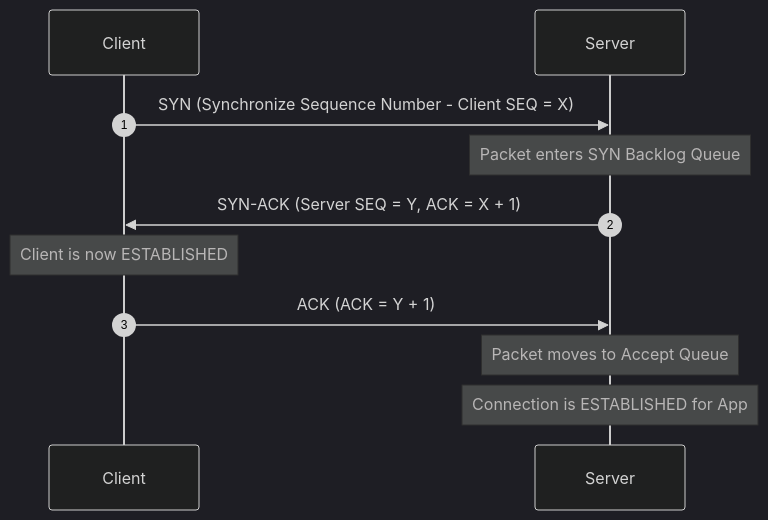
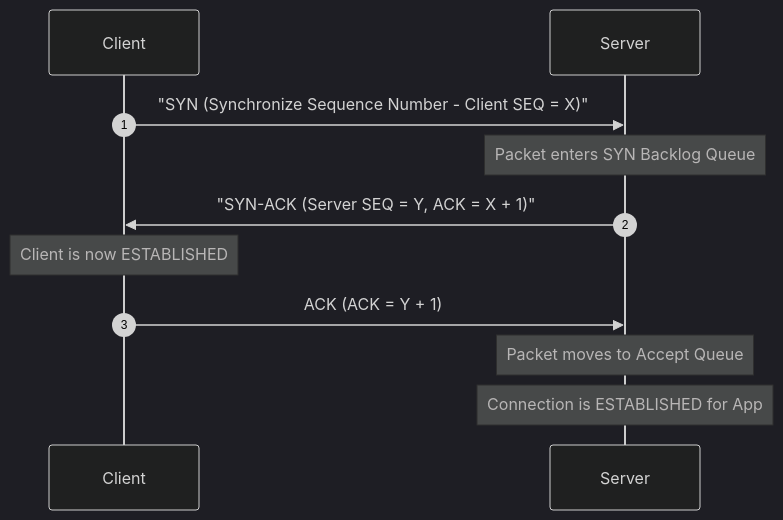
Before and after one commit to awoladhossain/awolad-docs: the second of 41 diagrams in content/networking.md, drawn with Mermaid (dark theme). The commit also changed other lines of this file, not shown here.

Commit message:
fix: sanitize all sequence diagrams in networking.md by escaping special characters and declaring participants to avoid browser rendering errors

````diff
--- a/content/networking.md
+++ b/content/networking.md
@@ -74,11 +74,11 @@
 ```mermaid
 sequenceDiagram
     autonumber
-    Client->>Server: SYN (Synchronize Sequence Number - Client SEQ = X)
+    Client->>Server: "SYN (Synchronize Sequence Number - Client SEQ = X)"
     Note over Server: Packet enters SYN Backlog Queue
-    Server->>Client: SYN-ACK (Server SEQ = Y, ACK = X + 1)
+    Server->>Client: "SYN-ACK (Server SEQ = Y, ACK = X + 1)"
     Note over Client: Client is now ESTABLISHED
     Client->>Server: ACK (ACK = Y + 1)
     Note over Server: Packet moves to Accept Queue
     Note over Server: Connection is ESTABLISHED for App
 ```
````
